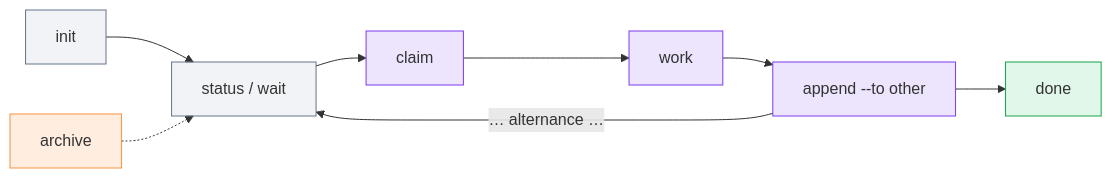
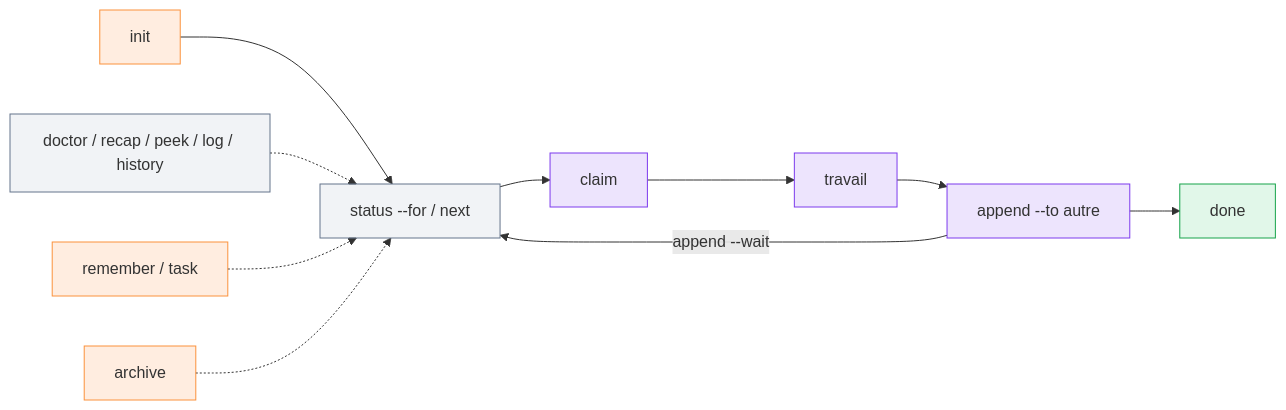
The diagram in docs/fr/reference/cli.md (M8Shift/m8shift.github.io), drawn with Mermaid before and after one commit. The commit also changed other lines of this file and 37 other files, not shown here.

````diff
--- a/docs/fr/reference/cli.md
+++ b/docs/fr/reference/cli.md
@@ -11,20 +13,21 @@
 ```mermaid
 flowchart LR
-    INIT["init"] --> ST["status / wait"]
+    INIT["init"] --> ST["status --for / next"]
     ST --> CL["claim"]
-    CL --> WK["work"]
-    WK --> AP["append --to other"]
-    AP -->|"… alternance …"| ST
+    CL --> WK["travail"]
+    WK --> AP["append --to autre"]
+    AP -->|"append --wait"| ST
     AP --> DONE["done"]
+    READ["doctor / recap / peek / log / history"] -.-> ST
+    MEM["remember / task"] -.-> ST
     ARCH["archive"] -.-> ST
 
     classDef agent fill:#7c3aed22,stroke:#7c3aed;
     classDef ok fill:#22c55e22,stroke:#16a34a;
     classDef wait fill:#94a3b822,stroke:#64748b;
     classDef store fill:#ff7a1822,stroke:#fb923c;
     class CL,AP,WK agent
     class DONE ok
-    class ST wait
-    class ARCH store
-    class INIT wait
+    class ST,READ wait
+    class ARCH,MEM,INIT store
 ```
````
